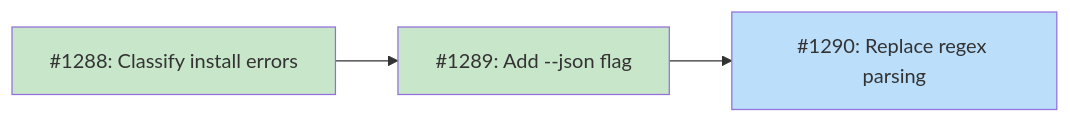
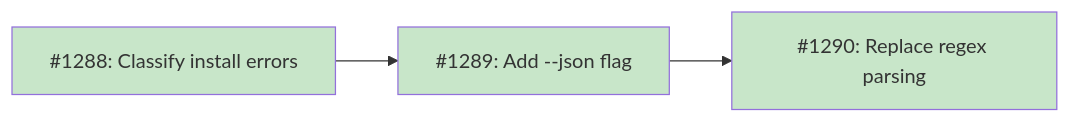
The diagram in docs/designs/DESIGN-structured-json-output.md (tsukumogami/tsuku), drawn with Mermaid before and after one commit. The commit also changed other lines of this file and 2 other files, not shown here.

Commit message:
refactor(batch): replace regex error parsing with JSON install output
The batch orchestrator's validate() method now passes --json to tsuku
install and parses the structured response for category and
missing_recipes. This removes the brittle regex-based
classifyValidationFailure function and the reNotFoundInRegistry regex.
When JSON parsing fails (e.g. older tsuku binary), the orchestrator
falls back to exit-code-based classification.

Fixes #1290

````diff
--- a/docs/designs/DESIGN-structured-json-output.md
+++ b/docs/designs/DESIGN-structured-json-output.md
@@ -26,17 +26,16 @@
 ```mermaid
 graph LR
     I1288["#1288: Classify install errors"]
     I1289["#1289: Add --json flag"]
     I1290["#1290: Replace regex parsing"]
 
     I1288 --> I1289
     I1289 --> I1290
 
     classDef done fill:#c8e6c9
     classDef ready fill:#bbdefb
     classDef blocked fill:#fff9c4
     classDef needsDesign fill:#e1bee7
 
-    class I1288,I1289 done
-    class I1290 ready
+    class I1288,I1289,I1290 done
 ```
````
